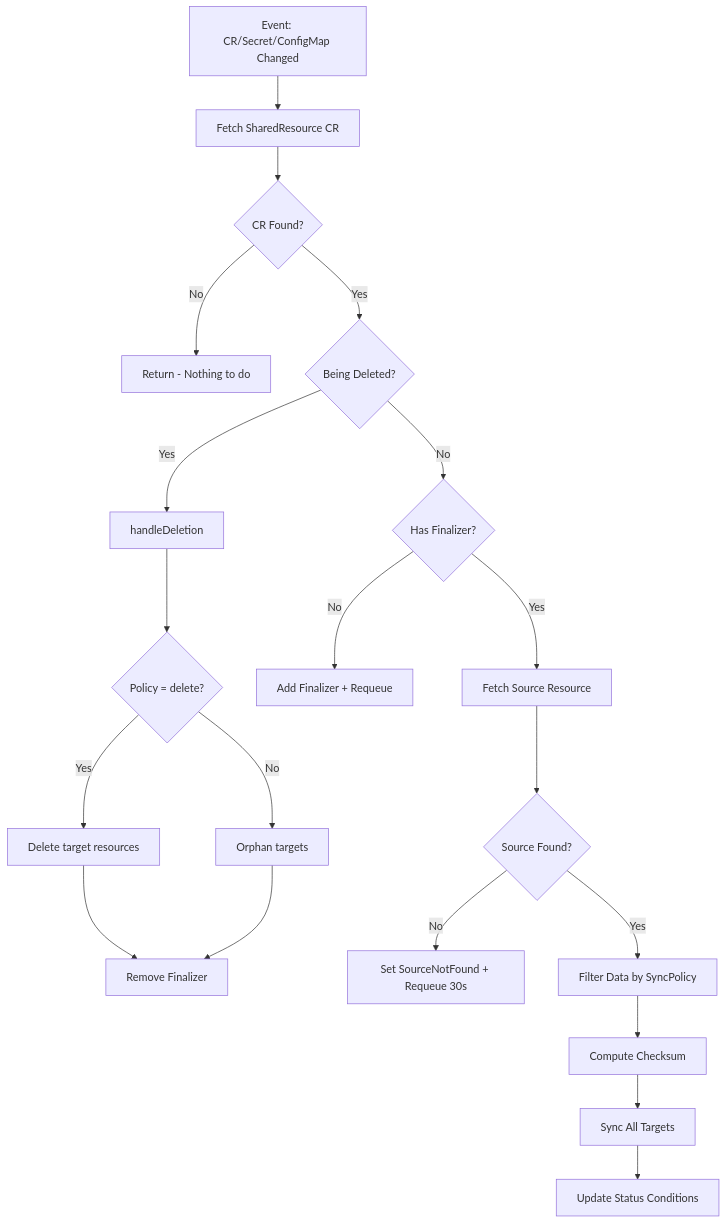
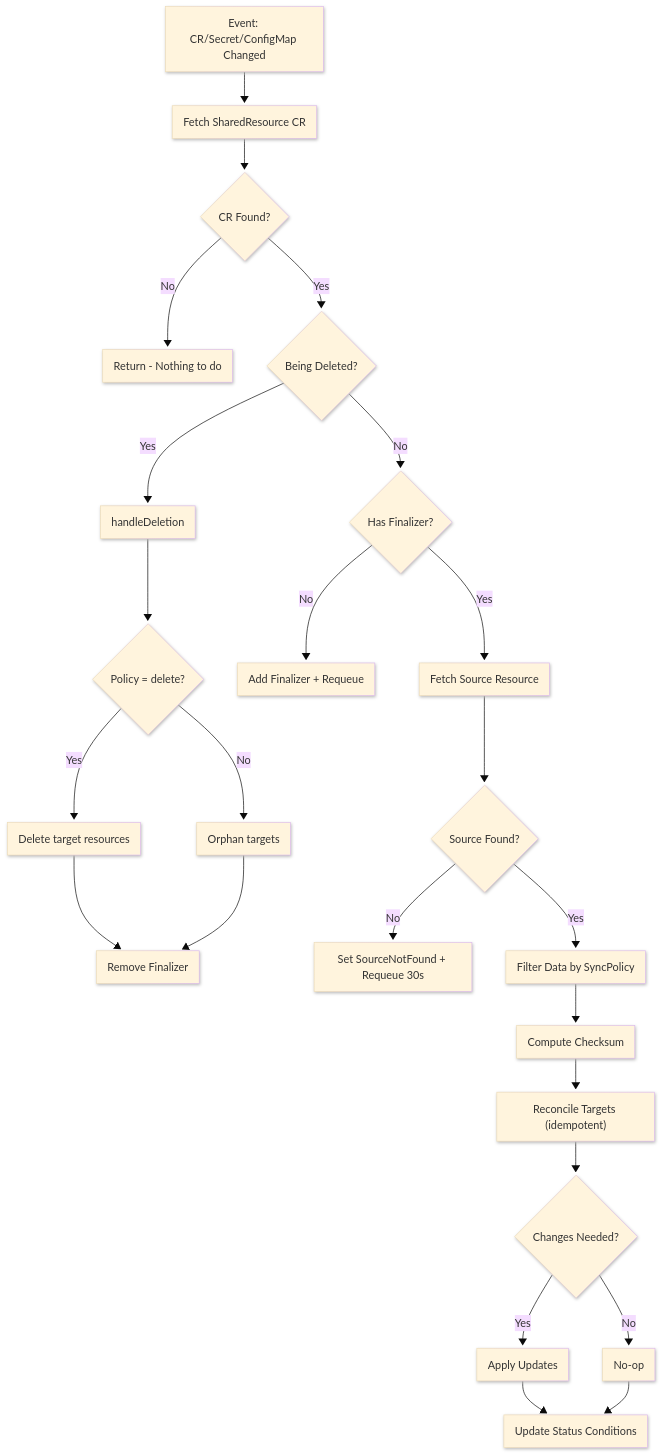
One commit to Vijay-papanaboina/sharedresource-operator changed the diagram in README.md. Above: the diagram before and after it, drawn with Mermaid. The commit also changed 7 other files, not shown here.

First line of the commit message:
Add demo manifests and instructions under demo/ (namespaces, source and updated secrets, SharedResource CR, DEMO.md).

````diff
--- a/README.md
+++ b/README.md
@@ -283,22 +283,32 @@
 ```mermaid
-flowchart TD
-    A[Event: CR/Secret/ConfigMap Changed] --> B[Fetch SharedResource CR]
-    B --> C{CR Found?}
-    C -->|No| D[Return - Nothing to do]
-    C -->|Yes| E{Being Deleted?}
-    E -->|Yes| F[handleDeletion]
-    F --> G{Policy = delete?}
-    G -->|Yes| H[Delete target resources]
-    G -->|No| I[Orphan targets]
-    H --> J[Remove Finalizer]
+---
+config:
+  layout: fixed
+  theme: base
+  look: neo
+---
+flowchart TB
+    A["Event: CR/Secret/ConfigMap Changed"] --> B["Fetch SharedResource CR"]
+    B --> C{"CR Found?"}
+    C -- No --> D["Return - Nothing to do"]
+    C -- Yes --> E{"Being Deleted?"}
+    E -- Yes --> F["handleDeletion"]
+    F --> G{"Policy = delete?"}
+    G -- Yes --> H["Delete target resources"]
+    G -- No --> I["Orphan targets"]
+    H --> J["Remove Finalizer"]
     I --> J
-    E -->|No| K{Has Finalizer?}
-    K -->|No| L[Add Finalizer + Requeue]
-    K -->|Yes| M[Fetch Source Resource]
-    M --> N{Source Found?}
-    N -->|No| O[Set SourceNotFound + Requeue 30s]
-    N -->|Yes| P[Filter Data by SyncPolicy]
-    P --> Q[Compute Checksum]
-    Q --> R[Sync All Targets]
-    R --> S[Update Status Conditions]
+    E -- No --> K{"Has Finalizer?"}
+    K -- No --> L["Add Finalizer + Requeue"]
+    K -- Yes --> M["Fetch Source Resource"]
+    M --> N{"Source Found?"}
+    N -- No --> O["Set SourceNotFound + Requeue 30s"]
+    N -- Yes --> P["Filter Data by SyncPolicy"]
+    P --> Q["Compute Checksum"]
+    Q --> R["Reconcile Targets (idempotent)"]
+    R --> T{"Changes Needed?"}
+    T -- Yes --> U["Apply Updates"]
+    T -- No --> V["No-op"]
+    U --> S["Update Status Conditions"]
+    V --> S
 ```
````
